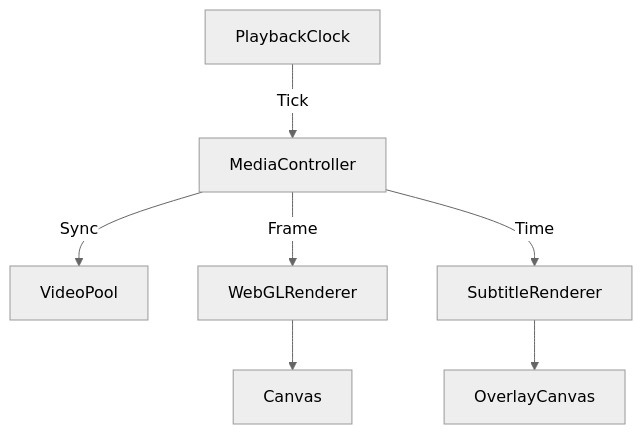
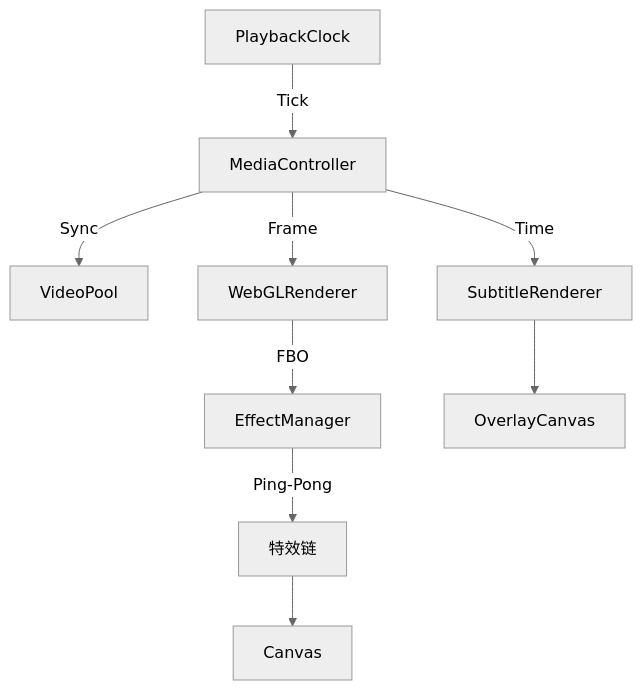
One commit to briefness/BaseCut changed the diagram in README.md. Above: the diagram before and after it, drawn with Mermaid (neutral theme). The commit also changed other lines of this file and 13 other files, not shown here.

````diff
--- a/README.md
+++ b/README.md
@@ -66,9 +77,11 @@
 ```mermaid
 graph TD
     Clock[PlaybackClock] -->|Tick| MC[MediaController]
     MC -->|Sync| VP[VideoPool]
     MC -->|Frame| Renderer[WebGLRenderer]
+    Renderer -->|FBO| EM[EffectManager]
+    EM -->|Ping-Pong| Effects[特效链]
+    Effects --> Canvas
     MC -->|Time| Subtitle[SubtitleRenderer]
-    Renderer --> Canvas
     Subtitle --> OverlayCanvas
 ```
````
